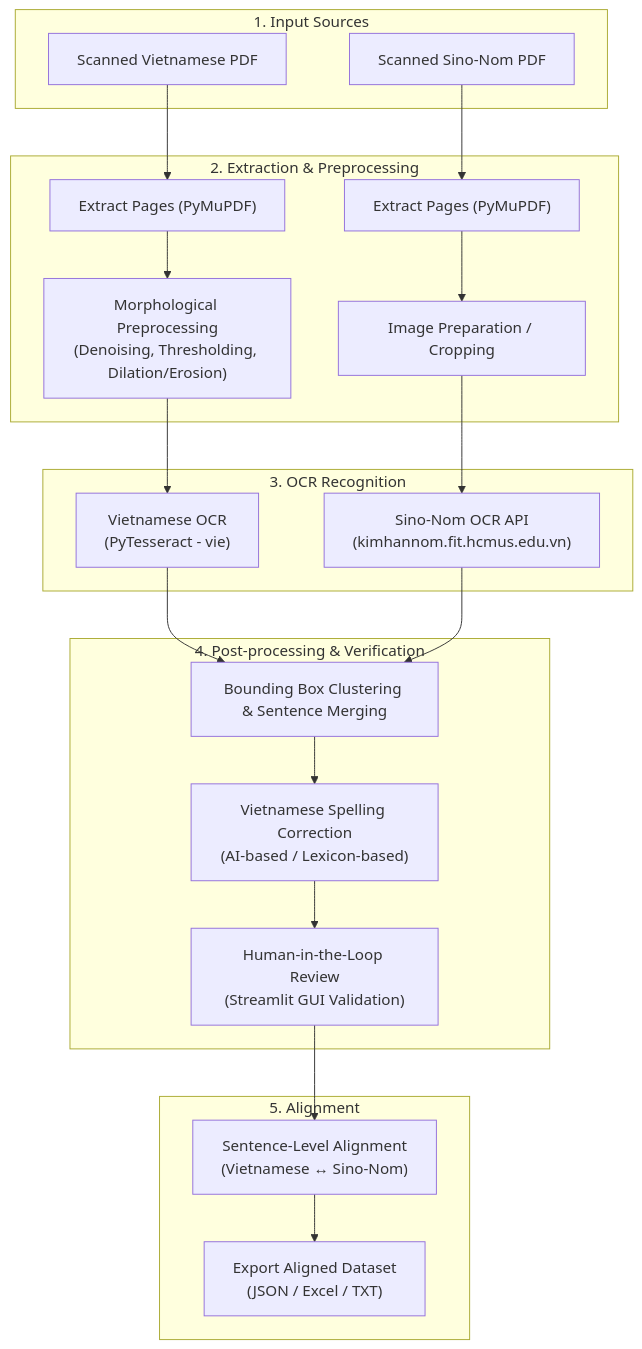
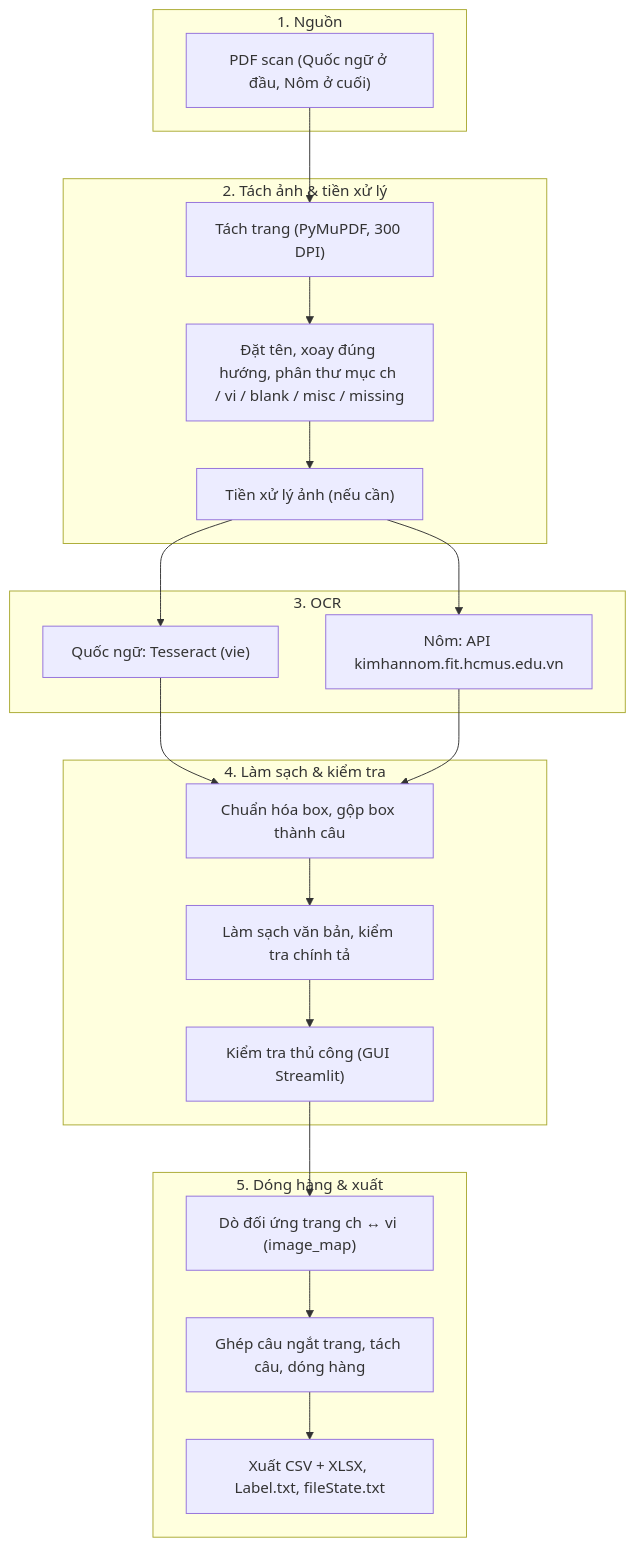
The diagram in README.md (ChungDat/-26-27-NLP-Viet-SinoNom-Sentence-Alignment), drawn with Mermaid before and after one commit. The commit also changed other lines of this file, not shown here.

Commit message:
refactor: update README.md with project details in Vietnamese, enhance structure and clarify pipeline steps

````diff
--- a/README.md
+++ b/README.md
@@ -82,35 +30,34 @@
 ```mermaid
 flowchart TD
-    subgraph Input["1. Input Sources"]
-        PDF_VN["Scanned Vietnamese PDF"]
-        PDF_SN["Scanned Sino-Nom PDF"]
+    subgraph Input["1. Nguồn"]
+        PDF["PDF scan (Quốc ngữ ở đầu, Nôm ở cuối)"]
     end
 
-    subgraph Extraction["2. Extraction & Preprocessing"]
-        EXT_VN["Extract Pages (PyMuPDF)"]
-        EXT_SN["Extract Pages (PyMuPDF)"]
-        PRE_VN["Morphological Preprocessing<br/>(Denoising, Thresholding, Dilation/Erosion)"]
-        PRE_SN["Image Preparation / Cropping"]
+    subgraph Prep["2. Tách ảnh & tiền xử lý"]
+        EXT["Tách trang (PyMuPDF, 300 DPI)"]
+        CLS["Đặt tên, xoay đúng hướng, phân thư mục ch / vi / blank / misc / missing"]
+        PRE["Tiền xử lý ảnh (nếu cần)"]
     end
 
-    subgraph Recognition["3. OCR Recognition"]
-        OCR_VN["Vietnamese OCR<br/>(PyTesseract - vie)"]
-        OCR_SN["Sino-Nom OCR API<br/>(kimhannom.fit.hcmus.edu.vn)"]
+    subgraph OCR["3. OCR"]
+        OCR_VN["Quốc ngữ: Tesseract (vie)"]
+        OCR_SN["Nôm: API kimhannom.fit.hcmus.edu.vn"]
     end
 
-    subgraph Review["4. Post-processing & Verification"]
-        BOX_MERGE["Bounding Box Clustering & Sentence Merging"]
-        SPELL_CHK["Vietnamese Spelling Correction<br/>(AI-based / Lexicon-based)"]
-        HUMAN_REV["Human-in-the-Loop Review<br/>(Streamlit GUI Validation)"]
+    subgraph Clean["4. Làm sạch & kiểm tra"]
+        BOX["Chuẩn hóa box, gộp box thành câu"]
+        TXT["Làm sạch văn bản, kiểm tra chính tả"]
+        HUMAN["Kiểm tra thủ công (GUI Streamlit)"]
     end
 
-    subgraph Output["5. Alignment"]
-        ALIGN["Sentence-Level Alignment<br/>(Vietnamese &harr; Sino-Nom)"]
-        SAVE["Export Aligned Dataset<br/>(JSON / Excel / TXT)"]
+    subgraph Align["5. Dóng hàng & xuất"]
+        MAP["Dò đối ứng trang ch ↔ vi (image_map)"]
+        SENT["Ghép câu ngắt trang, tách câu, dóng hàng"]
+        OUT["Xuất CSV + XLSX, Label.txt, fileState.txt"]
     end
 
-    PDF_VN --> EXT_VN --> PRE_VN --> OCR_VN --> BOX_MERGE
-    PDF_SN --> EXT_SN --> PRE_SN --> OCR_SN --> BOX_MERGE
-    BOX_MERGE --> SPELL_CHK --> HUMAN_REV
-    HUMAN_REV --> ALIGN --> SAVE
+    PDF --> EXT --> CLS --> PRE
+    PRE --> OCR_VN --> BOX
+    PRE --> OCR_SN --> BOX
+    BOX --> TXT --> HUMAN --> MAP --> SENT --> OUT
 ```
````
